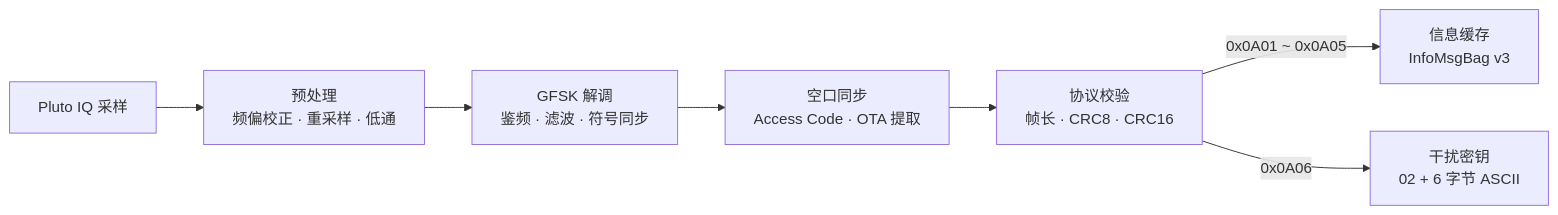
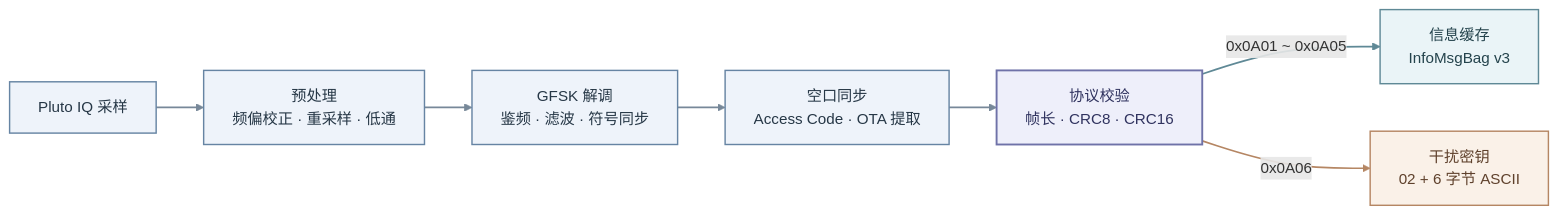
One commit to Breeze-by/FDUEGA_RM2026_Waves_Analyze changed the second of 2 diagrams in README.md. Above: the diagram before and after it, drawn with Mermaid. The commit also changed 1 other file, not shown here.

Commit message:
Style decoding algorithm flowchart

````diff
--- a/README.md
+++ b/README.md
@@ -54,9 +54,39 @@
 ```mermaid
 flowchart LR
-    A["Pluto IQ 采样"] --> B["预处理<br/>频偏校正 · 重采样 · 低通"]
-    B --> C["GFSK 解调<br/>鉴频 · 滤波 · 符号同步"]
-    C --> D["空口同步<br/>Access Code · OTA 提取"]
-    D --> E["协议校验<br/>帧长 · CRC8 · CRC16"]
-    E -->|"0x0A01 ~ 0x0A05"| F["信息缓存<br/>InfoMsgBag v3"]
-    E -->|"0x0A06"| G["干扰密钥<br/>02 + 6 字节 ASCII"]
+    A["Pluto IQ 采样"]
+    B["预处理<br/>频偏校正 · 重采样 · 低通"]
+    C["GFSK 解调<br/>鉴频 · 滤波 · 符号同步"]
+    D["空口同步<br/>Access Code · OTA 提取"]
+    E["协议校验<br/>帧长 · CRC8 · CRC16"]
+    F["信息缓存<br/>InfoMsgBag v3"]
+    G["干扰密钥<br/>02 + 6 字节 ASCII"]
+
+    A --> B
+    B --> C
+    C --> D
+    D --> E
+    E -->|"0x0A01 ~ 0x0A05"| F
+    E -->|"0x0A06"| G
+
+    %% 主流程：低饱和蓝紫
+    classDef main fill:#EEF3FA,stroke:#6684A3,stroke-width:1.5px,color:#263746;
+
+    %% 协议校验：稍微强调
+    classDef check fill:#EEEFFA,stroke:#6F72A8,stroke-width:2px,color:#30335F;
+
+    %% 信息分支：淡蓝
+    classDef info fill:#EAF4F7,stroke:#5F8996,stroke-width:1.5px,color:#24434C;
+
+    %% 干扰分支：淡橙
+    classDef key fill:#FAF1E8,stroke:#B58663,stroke-width:1.5px,color:#5F412C;
+
+    class A,B,C,D main;
+    class E check;
+    class F info;
+    class G key;
+
+    %% 连线统一为柔和灰蓝
+    linkStyle 0,1,2,3 stroke:#778899,stroke-width:1.8px;
+    linkStyle 4 stroke:#5F8996,stroke-width:1.8px;
+    linkStyle 5 stroke:#B58663,stroke-width:1.8px;
 ```
````
